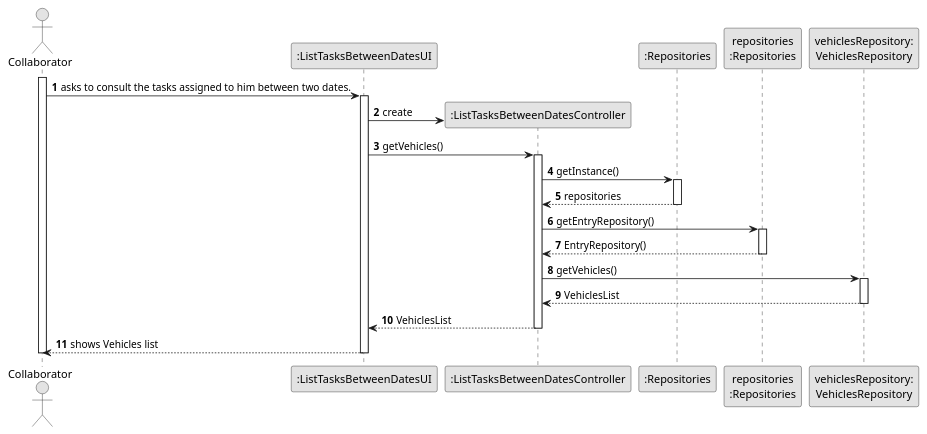
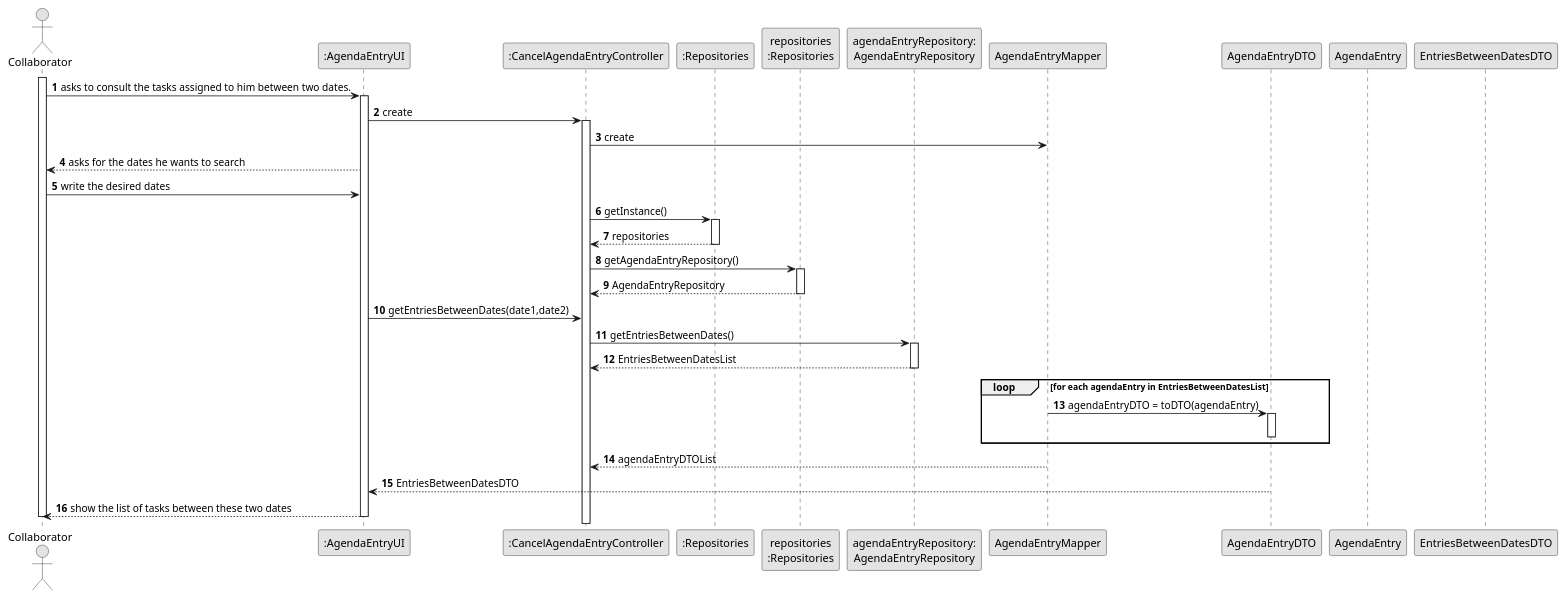
One commit to Departamento-de-Engenharia-Informatica/lei-24-s2-1do-g164 changed the diagram in docs/sprintC/us028/03.design/puml/us028-sequence-diagram-full.puml. Above: the diagram before and after it, drawn with PlantUML.

```diff
--- a/docs/sprintC/us028/03.design/puml/us028-sequence-diagram-full.puml
+++ b/docs/sprintC/us028/03.design/puml/us028-sequence-diagram-full.puml
@@ -1,57 +1,69 @@
 @startuml
 skinparam monochrome true
 skinparam packageStyle rectangle
 skinparam shadowing false
 
 autonumber
 
-'hide footbox
 actor "Collaborator" as ADM
-participant ":ListTasksBetweenDatesUI" as UI
-participant ":ListTasksBetweenDatesController" as CTRL
+participant ":AgendaEntryUI" as UI
+participant ":CancelAgendaEntryController" as CTRL
 participant ":Repositories" as RepositorySingleton
 participant "repositories\n:Repositories" as PLAT
-participant "vehiclesRepository:\nVehiclesRepository" as TaskCategoryRepository
-
+participant "agendaEntryRepository:\nAgendaEntryRepository" as Repo
+participant "AgendaEntryMapper"
+participant "AgendaEntryDTO"
+participant "AgendaEntry"
+participant "EntriesBetweenDatesDTO"
 
 activate ADM
 
-        ADM -> UI : asks to consult the tasks assigned to him between two dates.
+ADM -> UI : asks to consult the tasks assigned to him between two dates.
+activate UI
 
-        activate UI
+UI -> CTRL : create
+activate CTRL
+CTRL -> "AgendaEntryMapper" : create
+deactivate "AgendaEntryMapper"
 
-'            UI --> ADM : requests data (reference, description,  informal \n description, technical description, duration, cost)
-            'create CTRL
-            UI -> CTRL** : create
+UI --> ADM : asks for the dates he wants to search
+ADM -> UI : write the desired dates
 
-            UI -> CTRL : getVehicles()
-            activate CTRL
+CTRL -> RepositorySingleton : getInstance()
+activate RepositorySingleton
 
-                CTRL -> RepositorySingleton : getInstance()
-                activate RepositorySingleton
+RepositorySingleton --> CTRL: repositories
+deactivate RepositorySingleton
 
-                    RepositorySingleton --> CTRL: repositories
-                deactivate RepositorySingleton
+CTRL -> PLAT : getAgendaEntryRepository()
+activate PLAT
 
-                CTRL -> PLAT : getEntryRepository()
-                activate PLAT
+PLAT --> CTRL: AgendaEntryRepository
+deactivate PLAT
 
-                    PLAT --> CTRL: EntryRepository()
-                deactivate PLAT
+UI -> CTRL : getEntriesBetweenDates(date1,date2)
 
-                CTRL -> TaskCategoryRepository : getVehicles()
-                activate TaskCategoryRepository
+CTRL -> Repo : getEntriesBetweenDates()
+activate Repo
 
-                    TaskCategoryRepository --> CTRL : VehiclesList
-                deactivate TaskCategoryRepository
+Repo --> CTRL :EntriesBetweenDatesList
+deactivate Repo
 
-                CTRL --> UI : VehiclesList
-            deactivate CTRL
+loop for each agendaEntry in EntriesBetweenDatesList
+    "AgendaEntryMapper" -> "AgendaEntryDTO" : agendaEntryDTO = toDTO(agendaEntry)
+    activate "AgendaEntryDTO"
+    deactivate "AgendaEntryDTO"
+end
 
-            UI --> ADM : shows Vehicles list
-        deactivate UI
+"AgendaEntryMapper" --> CTRL : agendaEntryDTOList
+deactivate "AgendaEntryMapper"
 
+"AgendaEntryDTO" --> UI : EntriesBetweenDatesDTO
+deactivate "AgendaEntryDTO"
+
+UI --> ADM : show the list of tasks between these two dates
+deactivate UI
 
 deactivate ADM
 
 @enduml
```
